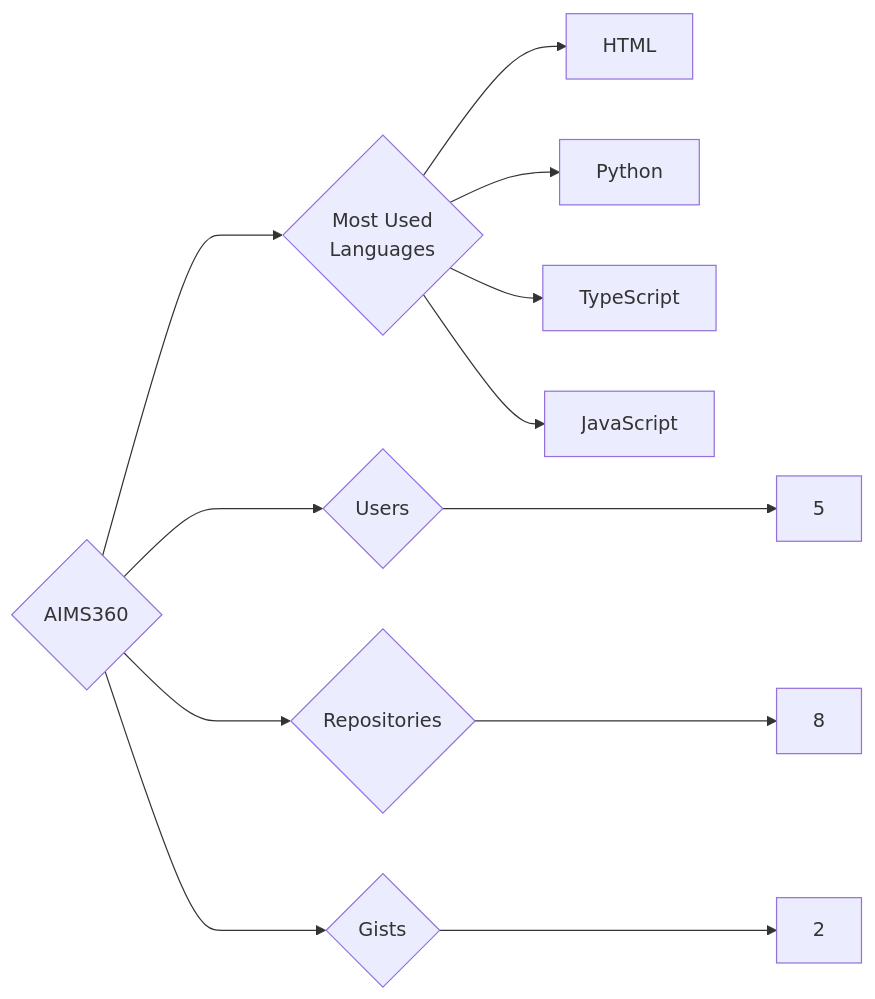
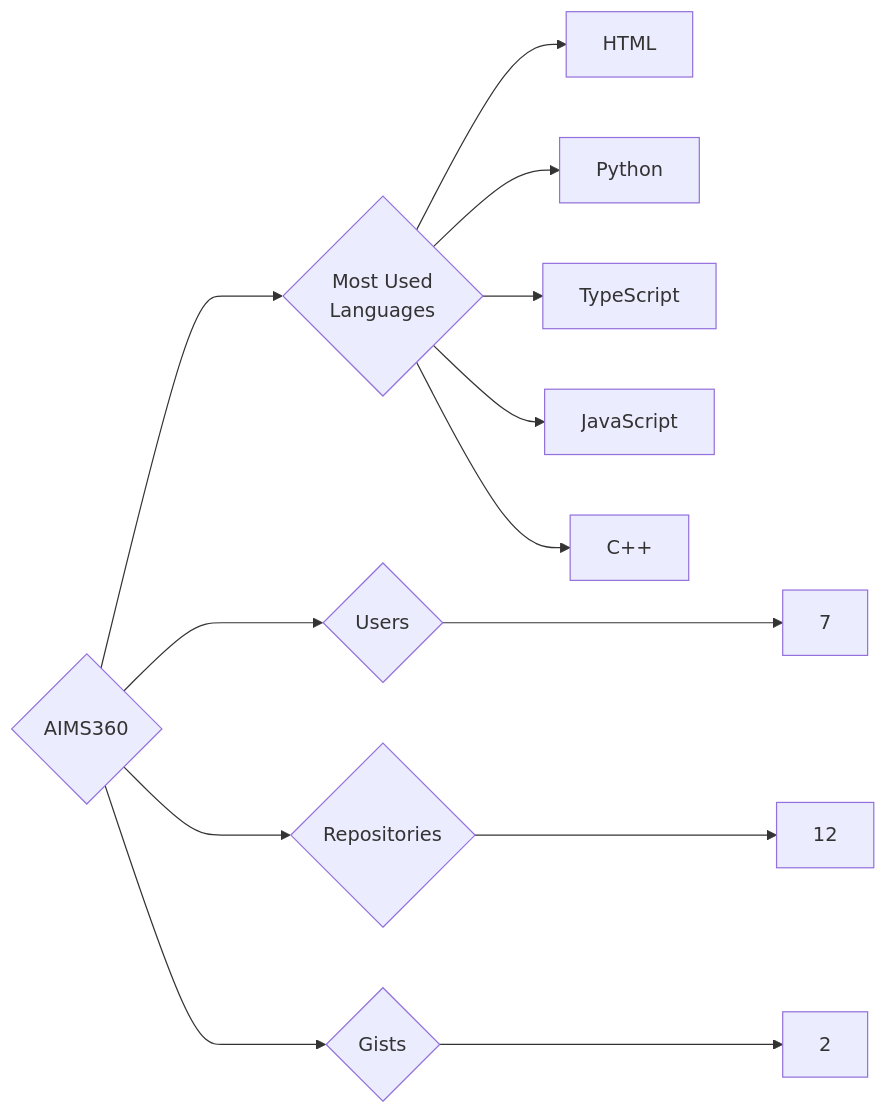
Before and after one commit to trickest/insiders: the diagram in targets/AIMS360/README.md, drawn with Mermaid. The commit also changed 1084 other files, not shown here.

````diff
--- a/targets/AIMS360/README.md
+++ b/targets/AIMS360/README.md
@@ -3,12 +3,13 @@
 ```mermaid
 graph LR
 COMPANY_NAME{AIMS360}
-COMPANY_NAME ---> U{Users} ---> UN[5]
-COMPANY_NAME ---> R{Repositories} ---> RN[8]
+COMPANY_NAME ---> U{Users} ---> UN[7]
+COMPANY_NAME ---> R{Repositories} ---> RN[12]
 COMPANY_NAME ---> G{Gists} ---> GN[2]
 COMPANY_NAME ---> ML{Most Used<br>Languages}
 ML --> HTML[HTML]
 ML --> Python[Python]
 ML --> TypeScript[TypeScript]
 ML --> JavaScript[JavaScript]
+ML --> C++[C++]
 ```
````
